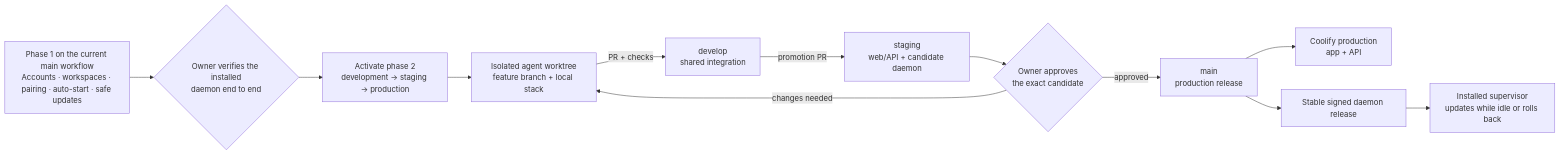
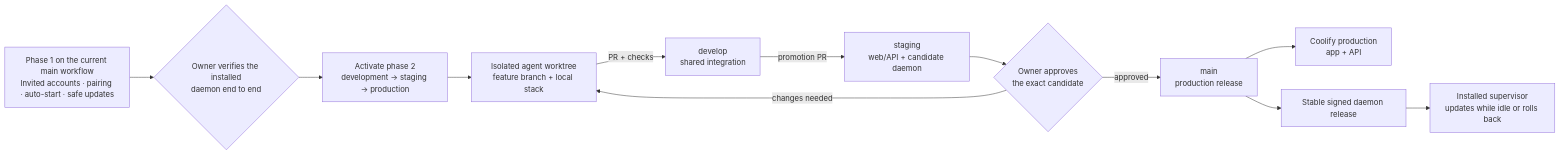
Before and after one commit to sparstrow/sparstrowgen: the diagram in docs/runbooks/release-workflow.md, drawn with Mermaid. The commit also changed other lines of this file and 6 other files, not shown here.

````diff
--- a/docs/runbooks/release-workflow.md
+++ b/docs/runbooks/release-workflow.md
@@ -12,20 +12,20 @@
 ```mermaid
 flowchart LR
-    P1["Phase 1 on the current main workflow<br/>Accounts · workspaces · pairing · auto-start · safe updates"]
+    P1["Phase 1 on the current main workflow<br/>Invited accounts · pairing · auto-start · safe updates"]
     V1{"Owner verifies the installed<br/>daemon end to end"}
     P2["Activate phase 2<br/>development → staging → production"]
     W["Isolated agent worktree<br/>feature branch + local stack"]
     D["develop<br/>shared integration"]
     S["staging<br/>web/API + candidate daemon"]
     U{"Owner approves<br/>the exact candidate"}
     M["main<br/>production release"]
     C["Coolify production<br/>app + API"]
     R["Stable signed daemon release"]
     I["Installed supervisor<br/>updates while idle or rolls back"]
 
     P1 --> V1 --> P2 --> W -->|PR + checks| D -->|promotion PR| S --> U
     U -->|approved| M
     U -->|changes needed| W
     M --> C
     M --> R --> I
 ```
````
